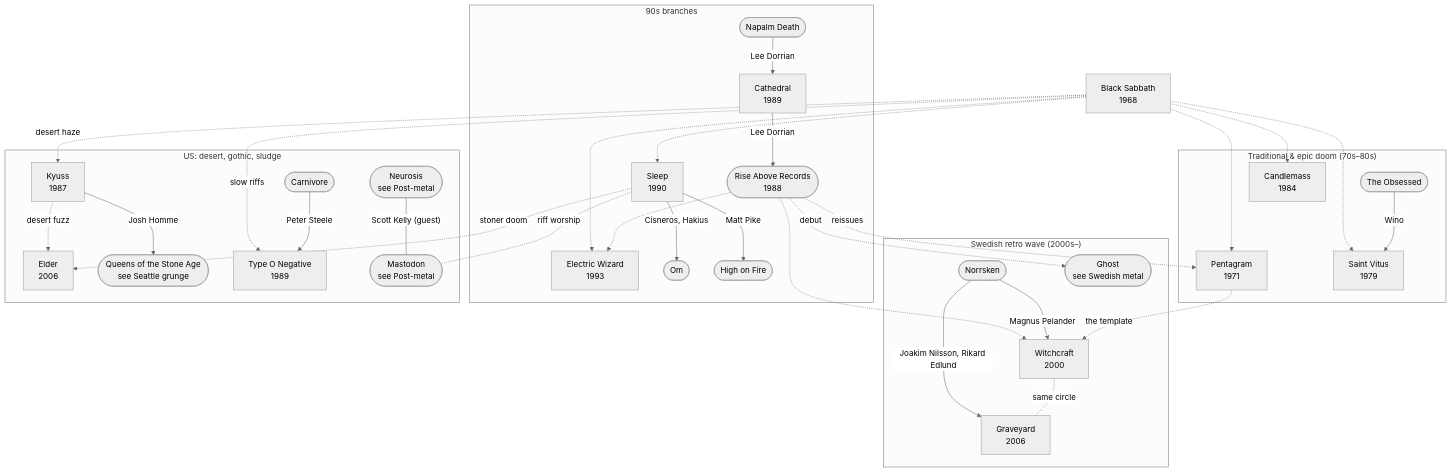
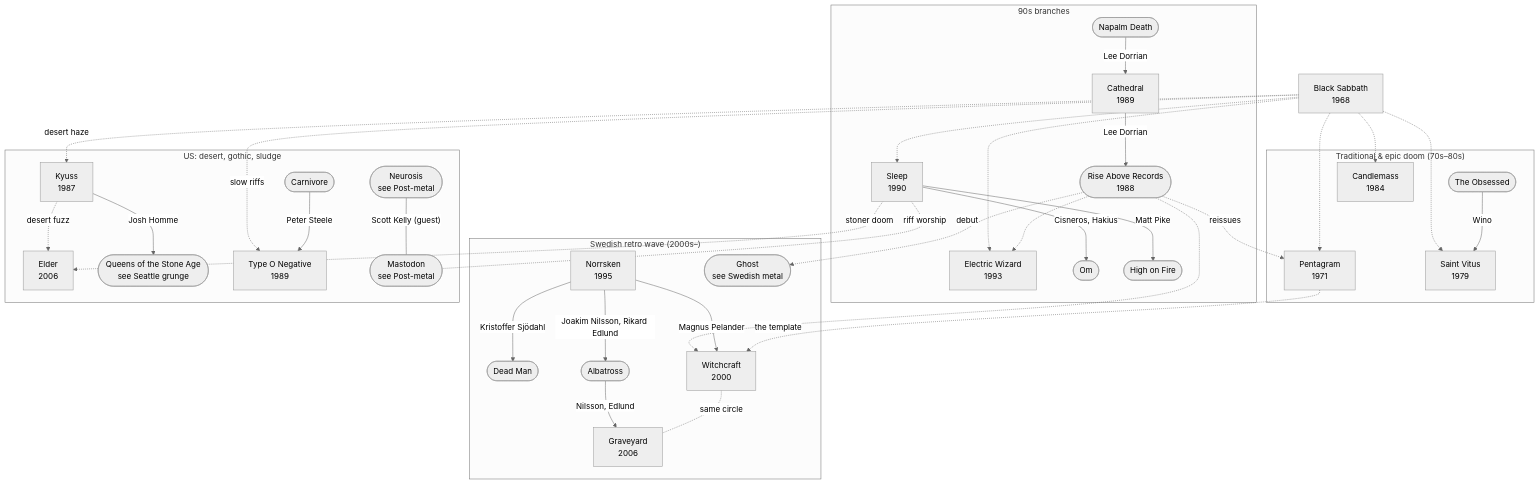
One commit to zrrbite/music-scenes changed the diagram in doom/connections.md. Above: the diagram before and after it, drawn with Mermaid (neutral theme). The commit also changed other lines of this file and 10 other files, not shown here.

First line of the commit message:
Add Norrsken page to doom: lineup, split into Witchcraft/Graveyard/Dead Man

````diff
--- a/doom/connections.md
+++ b/doom/connections.md
@@ -9,61 +9,65 @@
 ```mermaid
 flowchart TD
     BS["Black Sabbath<br/>1968"]
     subgraph CULT["Traditional & epic doom (70s–80s)"]
         PEN["Pentagram<br/>1971"]
         OBS(["The Obsessed"])
         SV["Saint Vitus<br/>1979"]
         CAN["Candlemass<br/>1984"]
     end
     subgraph NINE["90s branches"]
         ND(["Napalm Death"])
         CAT["Cathedral<br/>1989"]
         RA(["Rise Above Records<br/>1988"])
         SLP["Sleep<br/>1990"]
         EW["Electric Wizard<br/>1993"]
         OM(["Om"])
         HOF(["High on Fire"])
     end
     subgraph SWE["Swedish retro wave (2000s–)"]
-        NOR(["Norrsken"])
+        NOR["Norrsken<br/>1995"]
+        DM(["Dead Man"])
+        ALB(["Albatross"])
         WC["Witchcraft<br/>2000"]
         GY["Graveyard<br/>2006"]
         GHOST(["Ghost<br/>see Swedish metal"])
     end
     subgraph US2["US: desert, gothic, sludge"]
         KYUSS["Kyuss<br/>1987"]
         ELDER["Elder<br/>2006"]
         QOTSA(["Queens of the Stone Age<br/>see Seattle grunge"])
         TON["Type O Negative<br/>1989"]
         CARN(["Carnivore"])
         MAST(["Mastodon<br/>see Post-metal"])
         NEU(["Neurosis<br/>see Post-metal"])
     end
 
     BS -.-> PEN
     BS -.-> SV
     BS -.-> CAN
     BS -.-> SLP
     BS -.-> EW
     OBS -- "Wino" --> SV
     ND -- "Lee Dorrian" --> CAT
     CAT -- "Lee Dorrian" --> RA
     RA -.-> EW
     RA -.-> WC
     RA -. "reissues" .-> PEN
     SLP -- "Cisneros, Hakius" --> OM
     SLP -- "Matt Pike" --> HOF
     NOR -- "Magnus Pelander" --> WC
-    NOR -- "Joakim Nilsson, Rikard Edlund" --> GY
+    NOR -- "Joakim Nilsson, Rikard Edlund" --> ALB
+    ALB -- "Nilsson, Edlund" --> GY
+    NOR -- "Kristoffer Sjödahl" --> DM
     PEN -. "the template" .-> WC
     WC -. "same circle" .- GY
     RA -. "debut" .-> GHOST
     BS -. "desert haze" .-> KYUSS
     KYUSS -- "Josh Homme" --> QOTSA
     KYUSS -. "desert fuzz" .-> ELDER
     SLP -. "stoner doom" .-> ELDER
     BS -. "slow riffs" .-> TON
     CARN -- "Peter Steele" --> TON
     NEU -- "Scott Kelly (guest)" --- MAST
     SLP -. "riff worship" .- MAST
 ```
````
